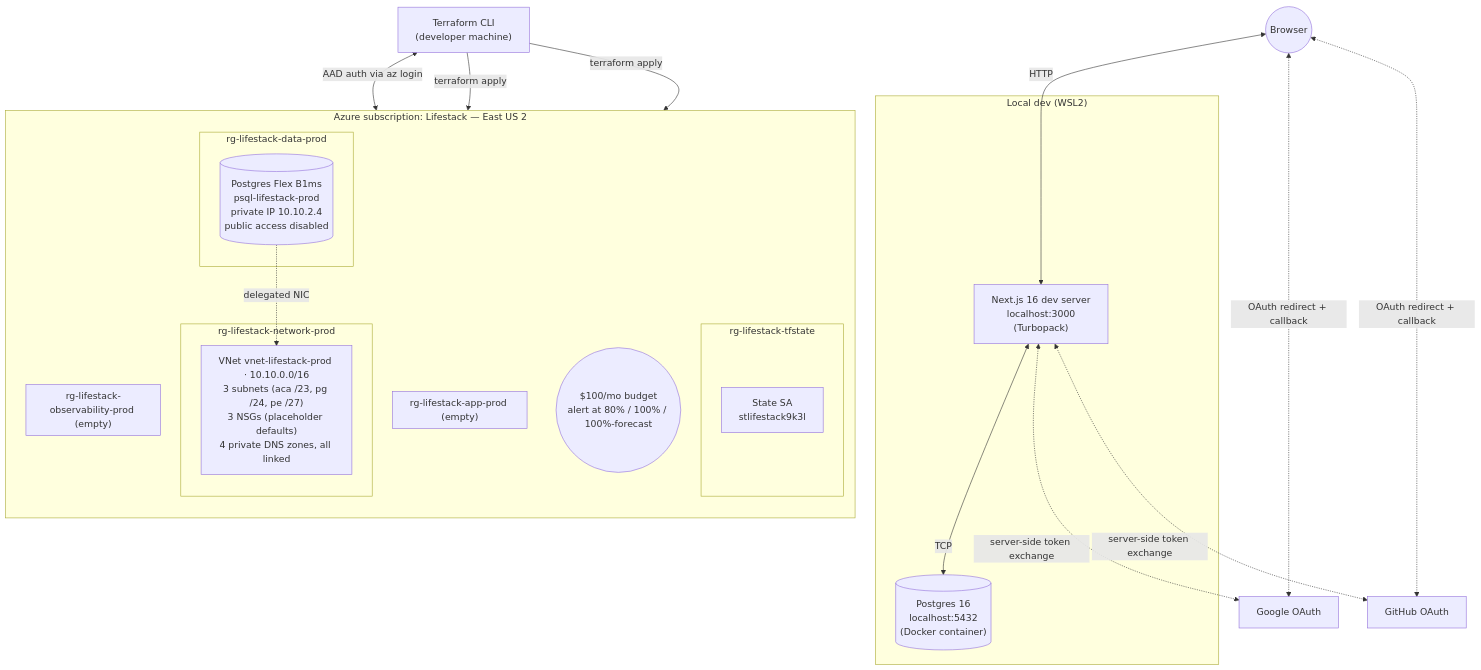
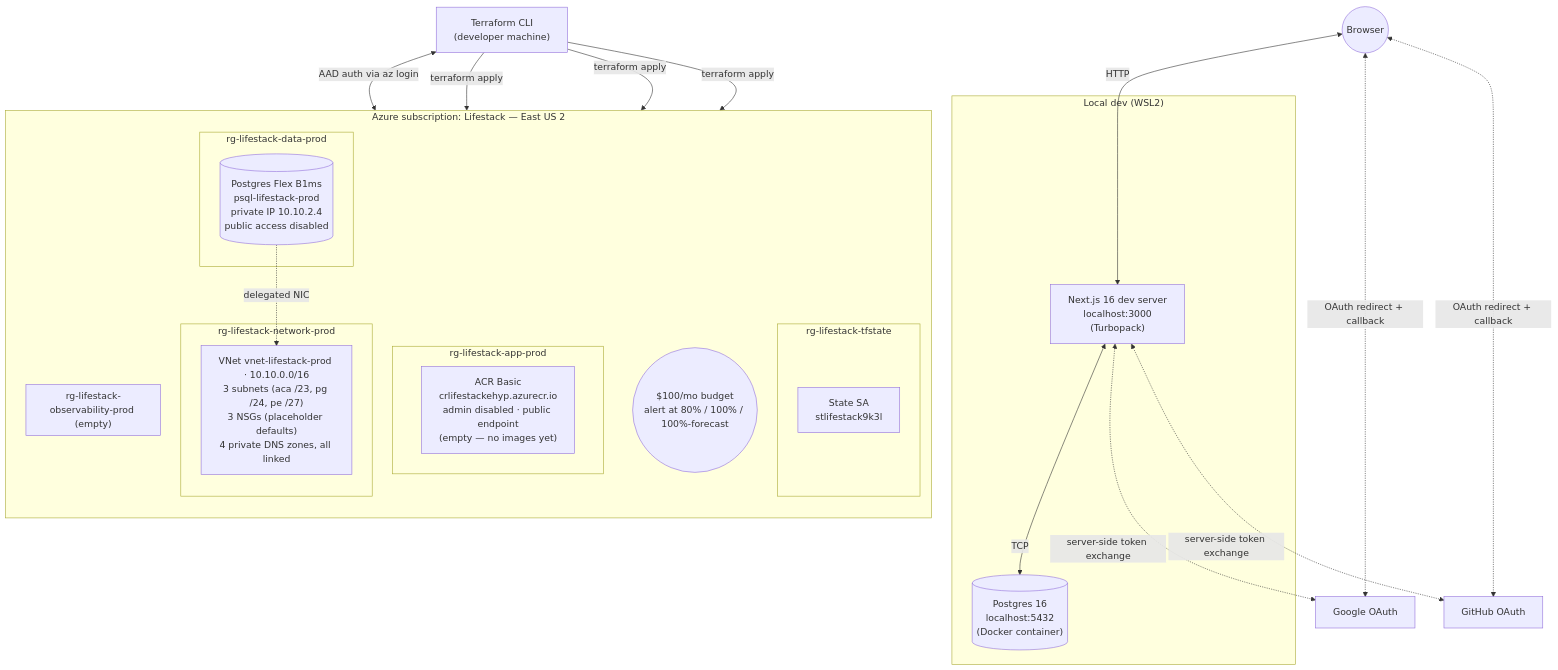
The first of 3 diagrams in docs/architecture.md (bkylee/lifestack), drawn with Mermaid before and after one commit. The commit also changed other lines of this file and 9 other files, not shown here.

First line of the commit message:
feat: add Container Registry module (ACR Basic)

````diff
--- a/docs/architecture.md
+++ b/docs/architecture.md
@@ -13,42 +13,44 @@
 ```mermaid
 flowchart TB
   Browser((Browser))
   Google[Google OAuth]
   GitHub[GitHub OAuth]
 
   subgraph Local["Local dev (WSL2)"]
     Next["Next.js 16 dev server<br/>localhost:3000<br/>(Turbopack)"]
     Pg[("Postgres 16<br/>localhost:5432<br/>(Docker container)")]
     Next <-->|TCP| Pg
   end
 
   Browser <-->|HTTP| Next
   Browser <-.->|OAuth redirect + callback| Google
   Browser <-.->|OAuth redirect + callback| GitHub
   Next <-.->|server-side token exchange| Google
   Next <-.->|server-side token exchange| GitHub
 
   subgraph AzureSub["Azure subscription: Lifestack — East US 2"]
     direction TB
     subgraph TfRG["rg-lifestack-tfstate"]
       SA["State SA<br/>stlifestack9k3l"]
     end
     subgraph NetRG["rg-lifestack-network-prod"]
       VNet["VNet vnet-lifestack-prod · 10.10.0.0/16<br/>3 subnets (aca /23, pg /24, pe /27)<br/>3 NSGs (placeholder defaults)<br/>4 private DNS zones, all linked"]
     end
     subgraph DataRG["rg-lifestack-data-prod"]
       Pg2[("Postgres Flex B1ms<br/>psql-lifestack-prod<br/>private IP 10.10.2.4<br/>public access disabled")]
     end
-    subgraph AppRG["rg-lifestack-app-prod (empty)"]
+    subgraph AppRG["rg-lifestack-app-prod"]
+      ACR2["ACR Basic<br/>crlifestackehyp.azurecr.io<br/>admin disabled · public endpoint<br/>(empty — no images yet)"]
     end
     subgraph ObsRG["rg-lifestack-observability-prod (empty)"]
     end
     Budget(("$100/mo budget<br/>alert at 80% / 100% / 100%-forecast"))
   end
 
   TfCLI["Terraform CLI<br/>(developer machine)"]
   TfCLI <-->|AAD auth via az login| SA
   TfCLI -->|terraform apply| NetRG
   TfCLI -->|terraform apply| DataRG
+  TfCLI -->|terraform apply| AppRG
   Pg2 -.->|delegated NIC| VNet
 ```
````
